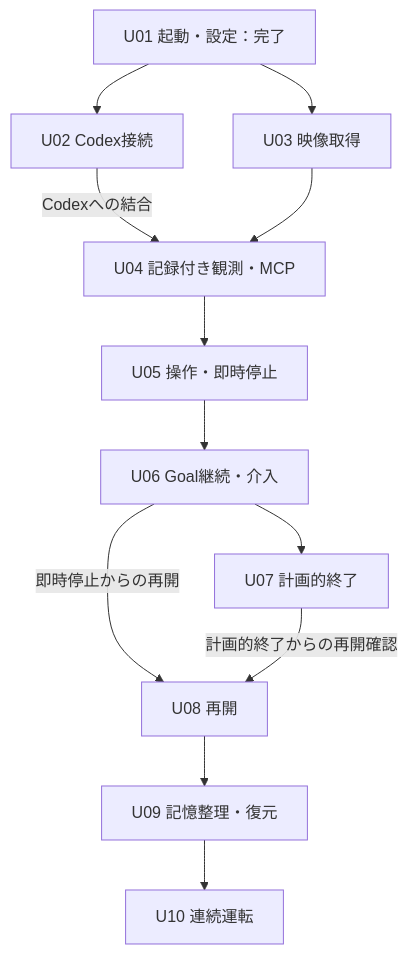
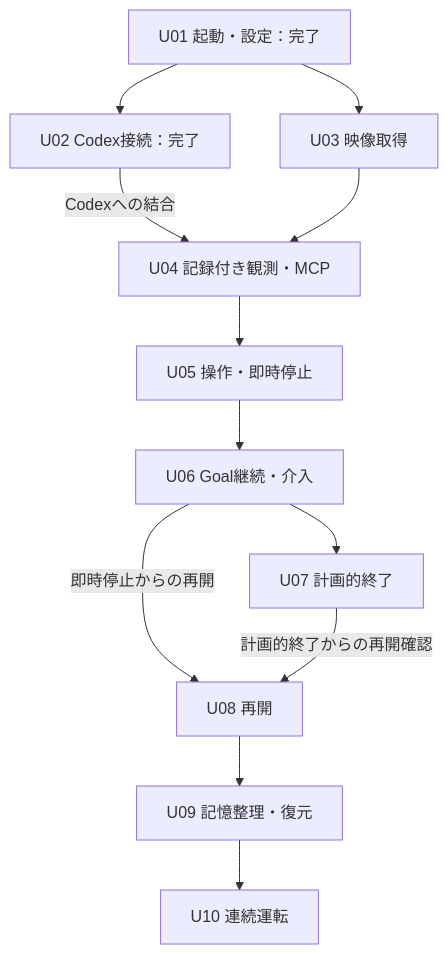
The diagram in spec/initial/05-implementation.md (niart120/Project_Gigas), drawn with Mermaid before and after one commit. The commit also changed other lines of this file and 13 other files, not shown here.

````diff
--- a/spec/initial/05-implementation.md
+++ b/spec/initial/05-implementation.md
@@ -49,14 +49,14 @@
 ```mermaid
 flowchart TD
-    U01["U01 起動・設定：完了"] --> U02["U02 Codex接続"]
+    U01["U01 起動・設定：完了"] --> U02["U02 Codex接続：完了"]
     U01 --> U03["U03 映像取得"]
     U02 -->|"Codexへの結合"| U04["U04 記録付き観測・MCP"]
     U03 --> U04
     U04 --> U05["U05 操作・即時停止"]
     U05 --> U06["U06 Goal継続・介入"]
     U06 --> U07["U07 計画的終了"]
     U06 -->|"即時停止からの再開"| U08["U08 再開"]
     U07 -->|"計画的終了からの再開確認"| U08
     U08 --> U09["U09 記憶整理・復元"]
     U09 --> U10["U10 連続運転"]
 ```
````
